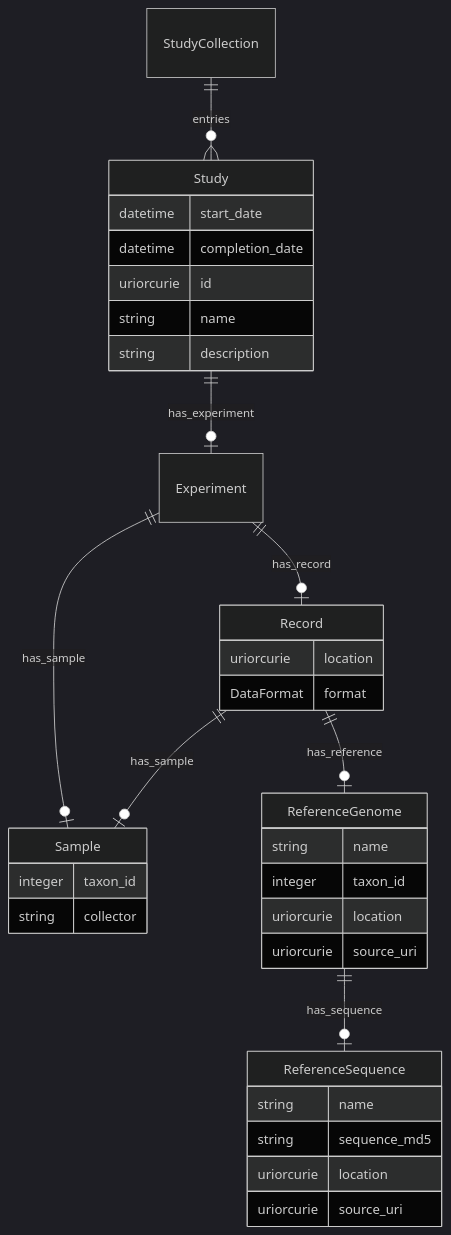
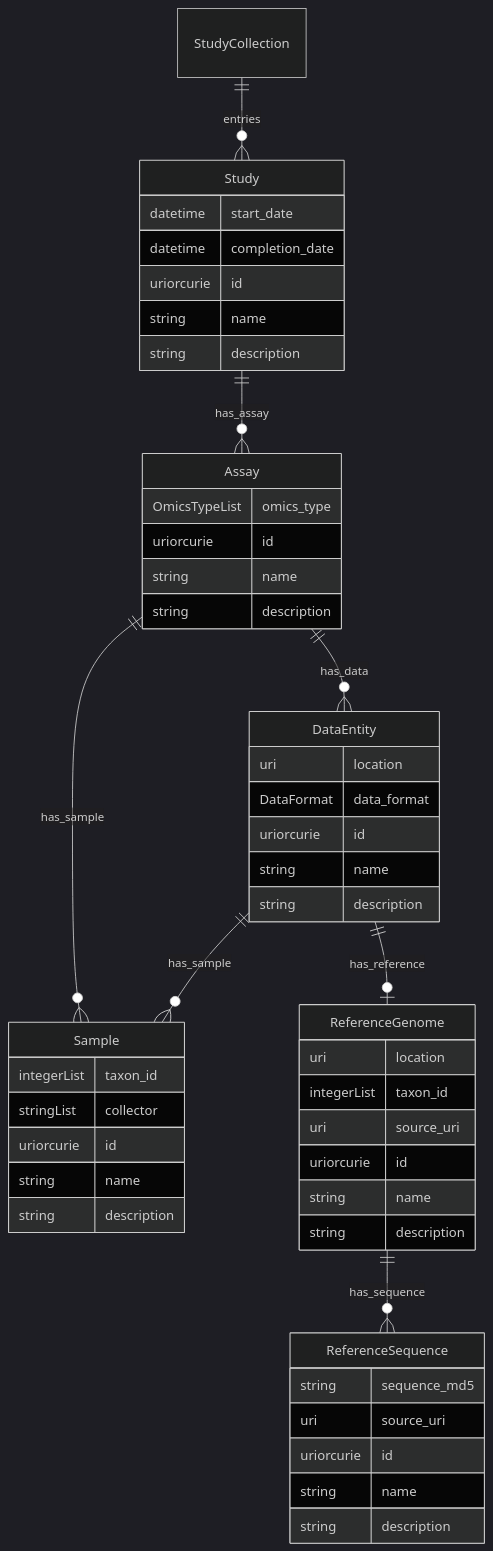
One commit to sdsc-ordes/smoc-schema changed the diagram in README.md. Above: the diagram before and after it, drawn with Mermaid (dark theme).

Commit message:
docs(readme): update mmd diagram

````diff
--- a/README.md
+++ b/README.md
@@ -5,44 +5,56 @@
 ```mermaid
 erDiagram
 StudyCollection {
 
 }
 Study {
-    datetime start_date
-    datetime completion_date
-    uriorcurie id
-    string name
-    string description
+    datetime start_date  
+    datetime completion_date  
+    uriorcurie id  
+    string name  
+    string description  
 }
-Experiment {
-
+Assay {
+    OmicsTypeList omics_type  
+    uriorcurie id  
+    string name  
+    string description  
 }
-Record {
-    uriorcurie location
-    DataFormat format
+DataEntity {
+    uri location  
+    DataFormat data_format  
+    uriorcurie id  
+    string name  
+    string description  
 }
 ReferenceGenome {
-    string name
-    integer taxon_id
-    uriorcurie location
-    uriorcurie source_uri
+    uri location  
+    integerList taxon_id  
+    uri source_uri  
+    uriorcurie id  
+    string name  
+    string description  
 }
 ReferenceSequence {
-    string name
-    string sequence_md5
-    uriorcurie location
-    uriorcurie source_uri
+    string sequence_md5  
+    uri source_uri  
+    uriorcurie id  
+    string name  
+    string description  
 }
 Sample {
-    integer taxon_id
-    string collector
+    integerList taxon_id  
+    stringList collector  
+    uriorcurie id  
+    string name  
+    string description  
 }
 
 StudyCollection ||--}o Study : "entries"
-Study ||--|o Experiment : "has_experiment"
-Experiment ||--|o Sample : "has_sample"
-Experiment ||--|o Record : "has_record"
-Record ||--|o Sample : "has_sample"
-Record ||--|o ReferenceGenome : "has_reference"
-ReferenceGenome ||--|o ReferenceSequence : "has_sequence"
+Study ||--}o Assay : "has_assay"
+Assay ||--}o Sample : "has_sample"
+Assay ||--}o DataEntity : "has_data"
+DataEntity ||--}o Sample : "has_sample"
+DataEntity ||--|o ReferenceGenome : "has_reference"
+ReferenceGenome ||--}o ReferenceSequence : "has_sequence"
 ```
````
